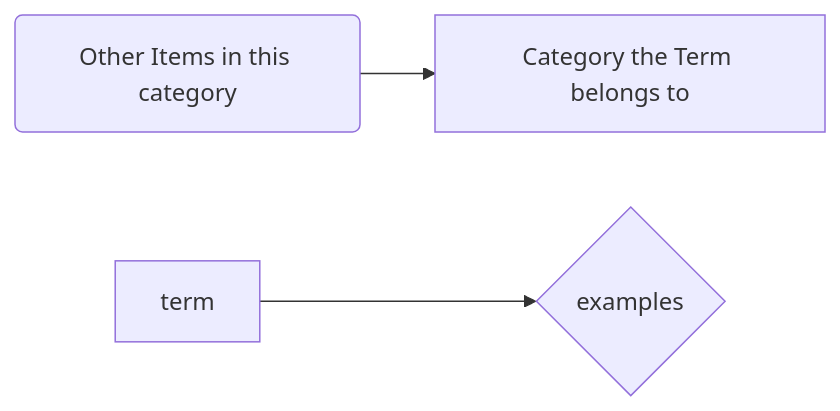
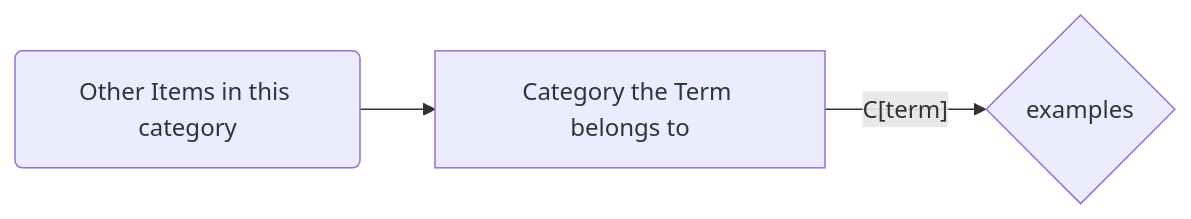
The diagram in slides.md (gerbssusd/dok), drawn with Mermaid before and after one commit.

````diff
--- a/slides.md
+++ b/slides.md
@@ -217,10 +217,10 @@
 ```mermaid {theme: 'neutral', scale: 0.8}
 flowchart LR
 A(Other Items in this category) --> B[Category the Term belongs to]
-BC[term] --> D{examples}
+B--C[term] --> D{examples}
 
 
 
 
 
 ```
````
